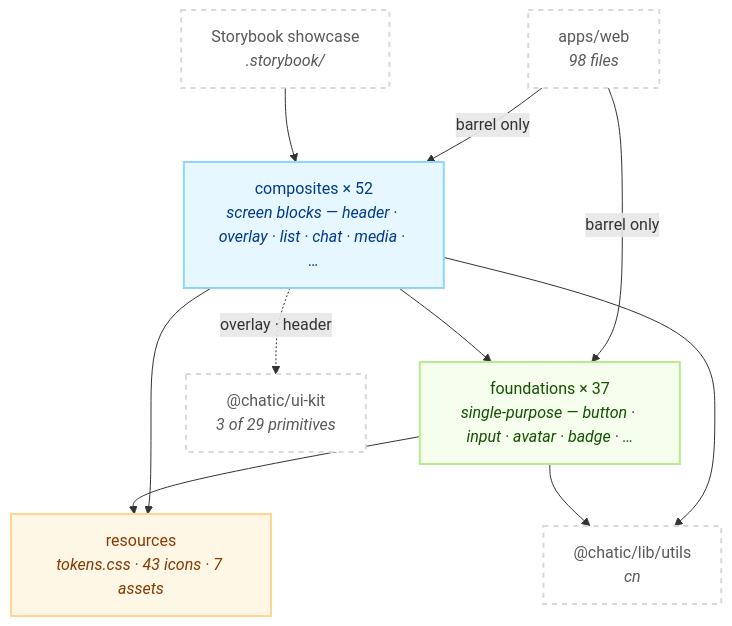
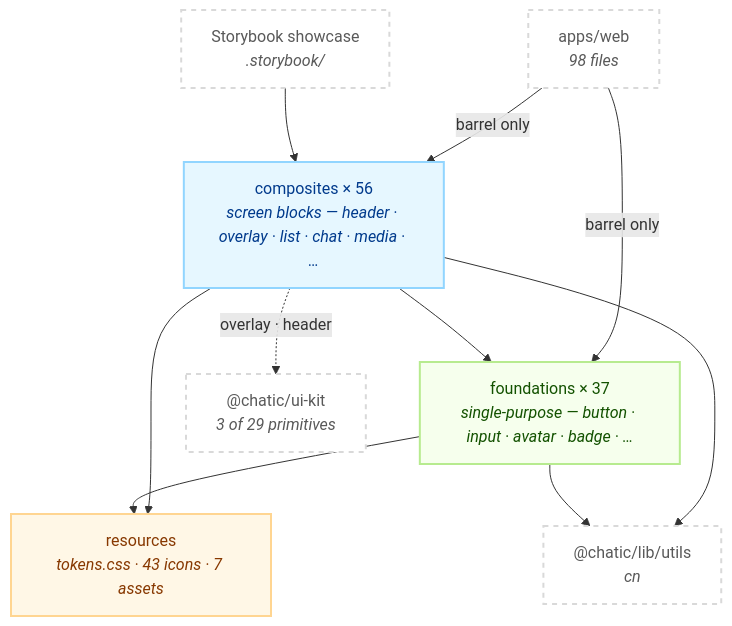
One commit to lemoncloud-io/dou-app changed the first of 2 diagrams in libs/web-ui-kit/README.md. Above: the diagram before and after it, drawn with Mermaid. The commit also changed other lines of this file and 13 other files, not shown here.

````diff
--- a/libs/web-ui-kit/README.md
+++ b/libs/web-ui-kit/README.md
@@ -102,27 +102,27 @@
 ```mermaid
 flowchart TD
     classDef comp fill:#e6f7ff,stroke:#91d5ff,stroke-width:2px,color:#003a8c;
     classDef found fill:#f6ffed,stroke:#b7eb8f,stroke-width:2px,color:#135200;
     classDef res fill:#fff7e6,stroke:#ffd591,stroke-width:2px,color:#873800;
     classDef ext fill:#ffffff,stroke:#d9d9d9,stroke-width:2px,color:#595959,stroke-dasharray: 5 5;
 
     App["apps/web<br/><i>98 files</i>"]:::ext
     SB["Storybook showcase<br/><i>.storybook/</i>"]:::ext
 
-    C["composites × 52<br/><i>screen blocks — header · overlay · list · chat · media · …</i>"]:::comp
+    C["composites × 56<br/><i>screen blocks — header · overlay · list · chat · media · …</i>"]:::comp
     F["foundations × 37<br/><i>single-purpose — button · input · avatar · badge · …</i>"]:::found
     R["resources<br/><i>tokens.css · 43 icons · 7 assets</i>"]:::res
 
     UK["@chatic/ui-kit<br/><i>3 of 29 primitives</i>"]:::ext
     CN["@chatic/lib/utils<br/><i>cn</i>"]:::ext
 
     App -->|"barrel only"| C
     App -->|"barrel only"| F
     SB --> C
     C --> F
     C --> R
     F --> R
     C -.->|"overlay · header"| UK
     C --> CN
     F --> CN
 ```
````
